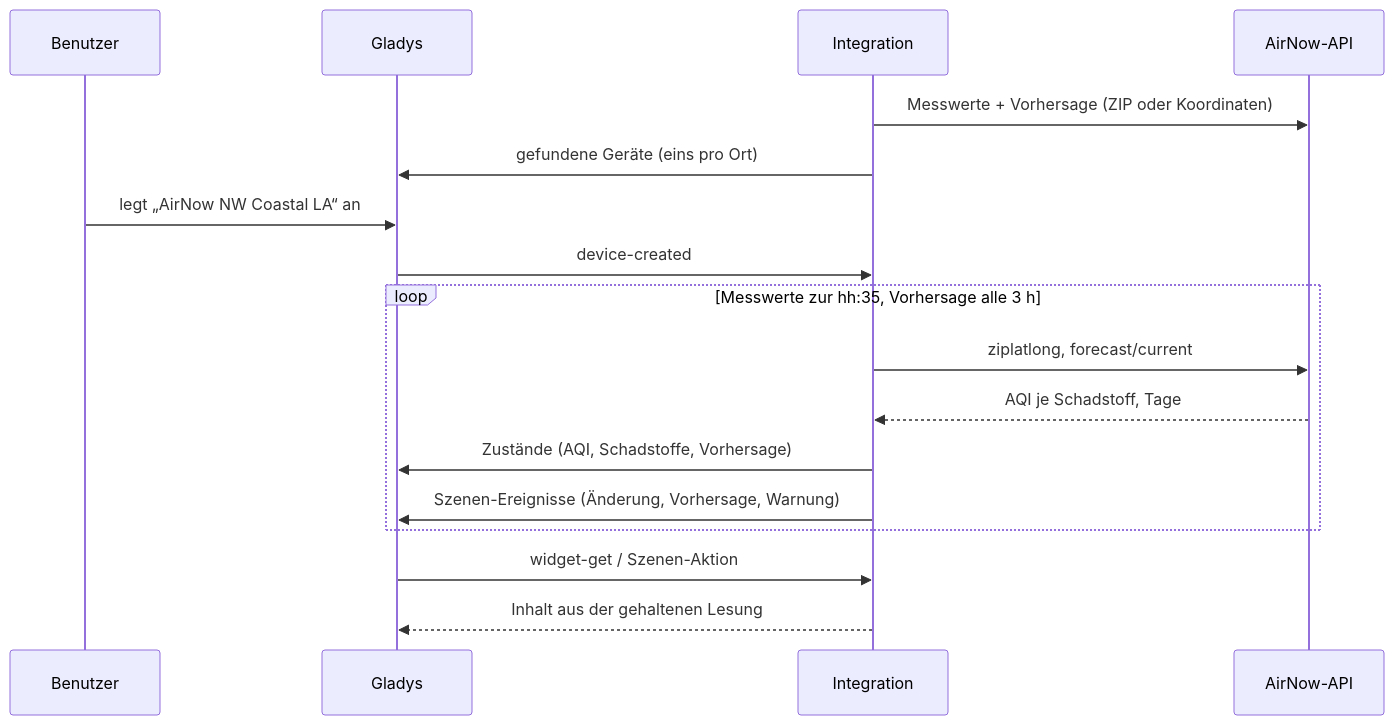
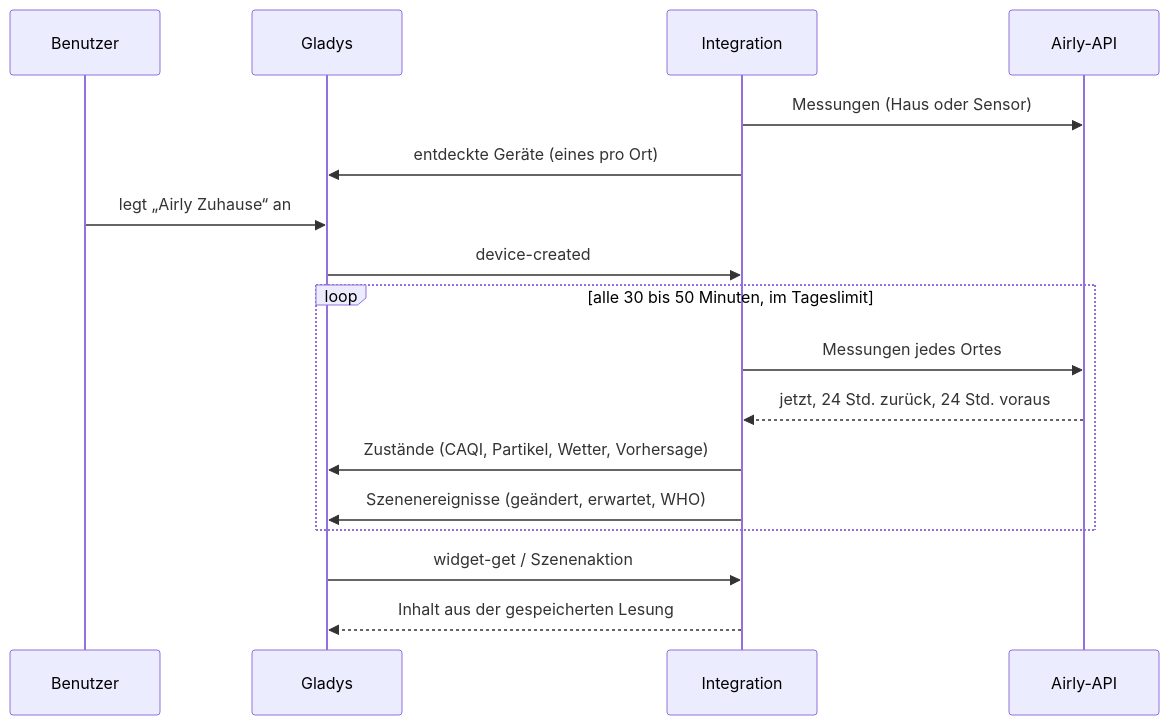
One commit to William-De71/gladys-airly changed the second of 2 diagrams in README.de.md. Above: the diagram before and after it, drawn with Mermaid. The commit also changed other lines of this file and 22 other files, not shown here.

First line of the commit message:
docs: document the Airly integration in four languages, with generated widget images

````diff
--- a/README.de.md
+++ b/README.de.md
@@ -36,19 +36,19 @@
 ```mermaid
 sequenceDiagram
   participant U as Benutzer
   participant G as Gladys
   participant I as Integration
-  participant A as AirNow-API
-  I->>A: Messwerte + Vorhersage (ZIP oder Koordinaten)
-  I->>G: gefundene Geräte (eins pro Ort)
-  U->>G: legt „AirNow NW Coastal LA“ an
+  participant A as Airly-API
+  I->>A: Messungen (Haus oder Sensor)
+  I->>G: entdeckte Geräte (eines pro Ort)
+  U->>G: legt „Airly Zuhause“ an
   G->>I: device-created
-  loop Messwerte zur hh:35, Vorhersage alle 3 h
-    I->>A: ziplatlong, forecast/current
-    A-->>I: AQI je Schadstoff, Tage
-    I->>G: Zustände (AQI, Schadstoffe, Vorhersage)
-    I->>G: Szenen-Ereignisse (Änderung, Vorhersage, Warnung)
+  loop alle 30 bis 50 Minuten, im Tageslimit
+    I->>A: Messungen jedes Ortes
+    A-->>I: jetzt, 24 Std. zurück, 24 Std. voraus
+    I->>G: Zustände (CAQI, Partikel, Wetter, Vorhersage)
+    I->>G: Szenenereignisse (geändert, erwartet, WHO)
   end
-  G->>I: widget-get / Szenen-Aktion
-  I-->>G: Inhalt aus der gehaltenen Lesung
+  G->>I: widget-get / Szenenaktion
+  I-->>G: Inhalt aus der gespeicherten Lesung
 ```
````
